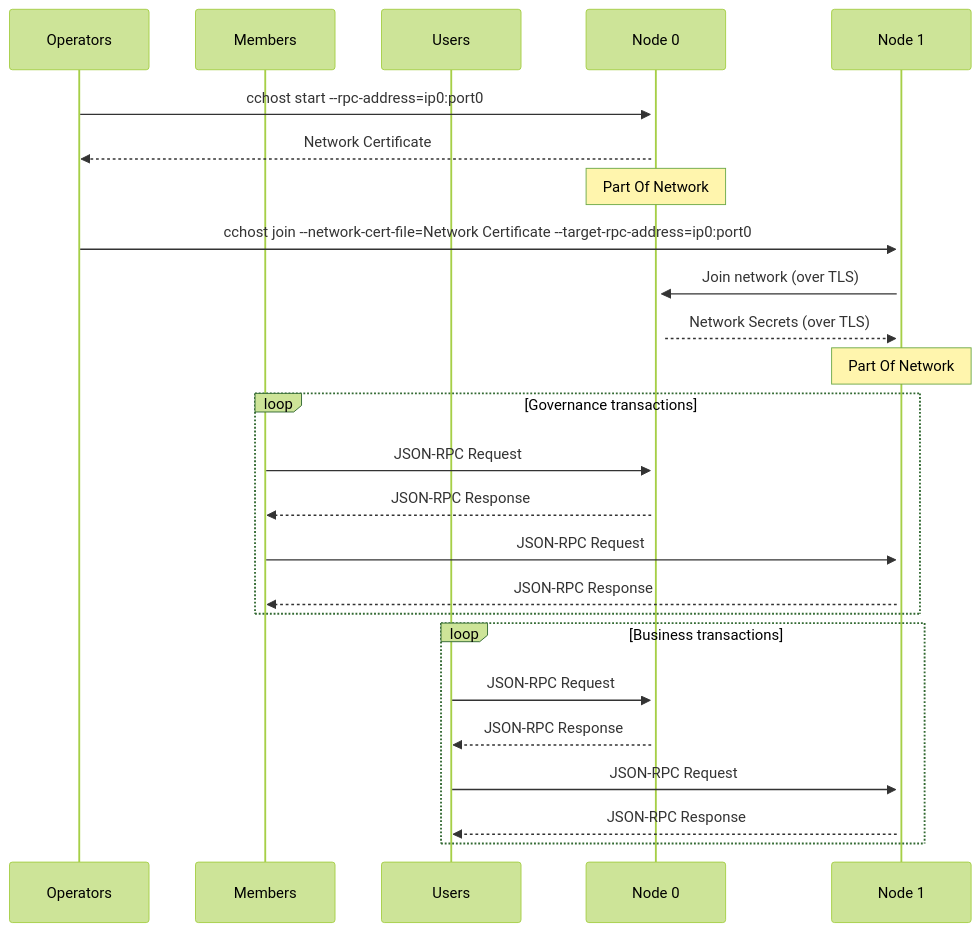
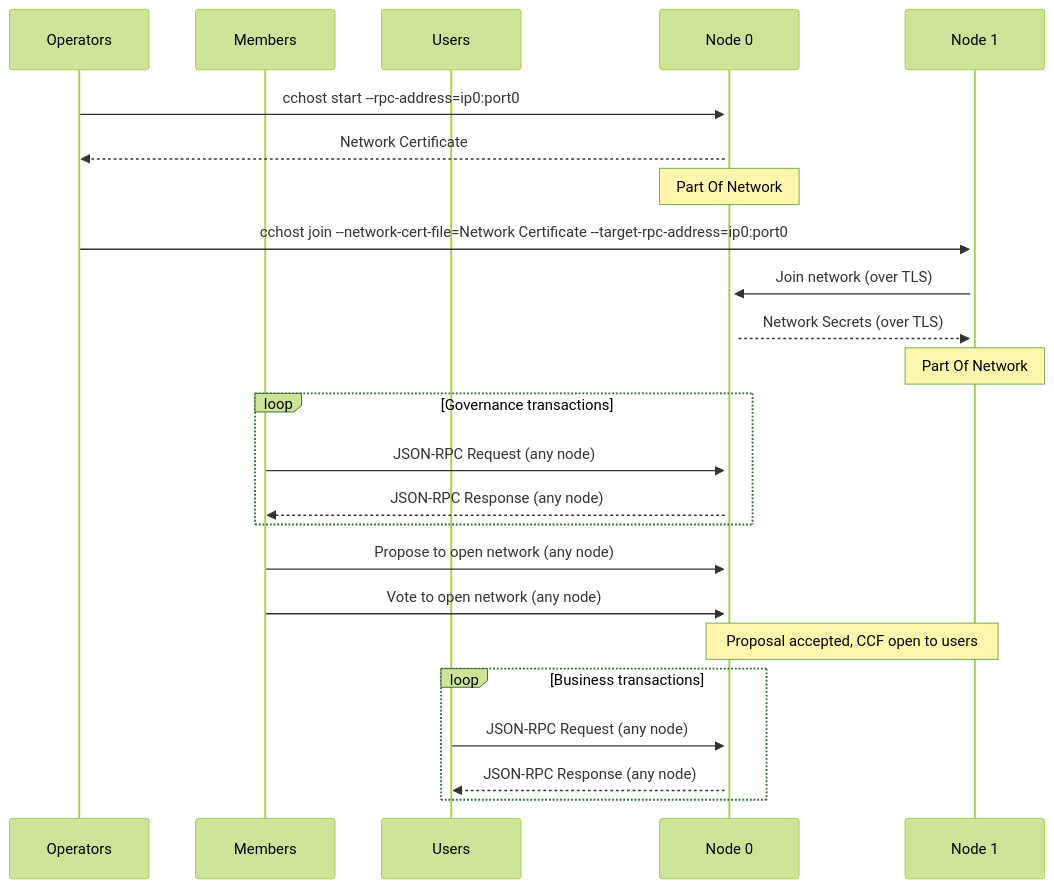
Before and after one commit to microsoft/CCF: the diagram in sphinx/source/start_network.rst, drawn with Mermaid (forest theme). The commit also changed other lines of this file and 4 other files, not shown here.

```diff
--- a/sphinx/source/start_network.rst
+++ b/sphinx/source/start_network.rst
@@ -54,33 +81,34 @@
 .. mermaid::
 
     sequenceDiagram
         participant Operators
         participant Members
         participant Users
         participant Node 0
         participant Node 1
 
         Operators->>+Node 0: cchost start --rpc-address=ip0:port0
         Node 0-->>Operators: Network Certificate
         Note over Node 0: Part Of Network
 
         Operators->>+Node 1: cchost join --network-cert-file=Network Certificate --target-rpc-address=ip0:port0
 
         Node 1->>+Node 0: Join network (over TLS)
         Node 0-->>Node 1: Network Secrets (over TLS)
 
         Note over Node 1: Part Of Network
 
         loop Governance transactions
-            Members->>+Node 0: JSON-RPC Request
-            Node 0-->>Members: JSON-RPC Response
-            Members->>+Node 1: JSON-RPC Request
-            Node 1-->>Members: JSON-RPC Response
+            Members->>+Node 0: JSON-RPC Request (any node)
+            Node 0-->>Members: JSON-RPC Response (any node)
         end
 
+        Members->>+Node 0: Propose to open network (any node)
+        Members->>+Node 0: Vote to open network (any node)
+        Note over Node 0, Node 1: Proposal accepted, CCF open to users
+
+
         loop Business transactions
-            Users->>+Node 0: JSON-RPC Request
-            Node 0-->>Users: JSON-RPC Response
-            Users->>+Node 1: JSON-RPC Request
-            Node 1-->>Users: JSON-RPC Response
+            Users->>+Node 0: JSON-RPC Request (any node)
+            Node 0-->>Users: JSON-RPC Response (any node)
         end
```
